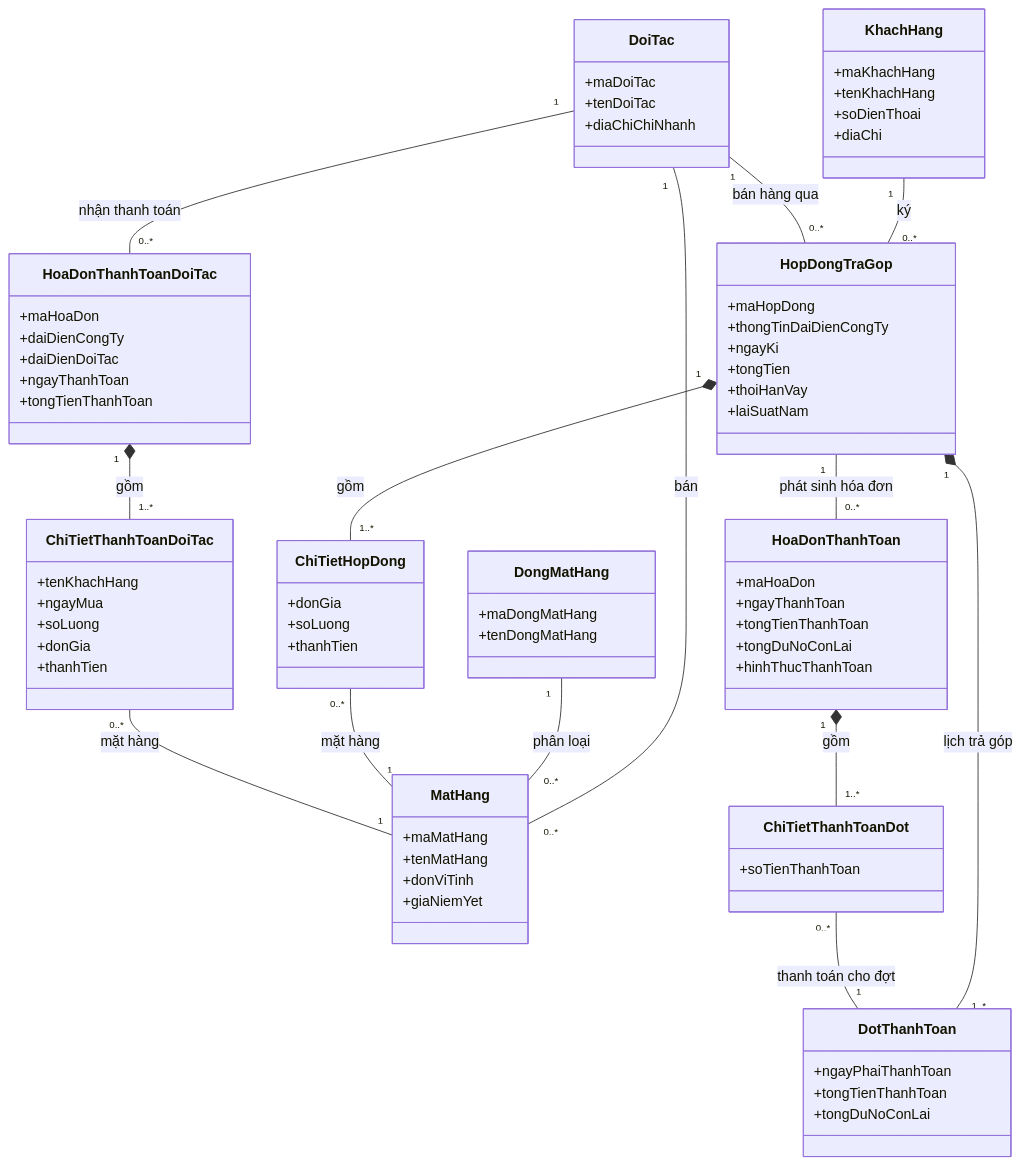
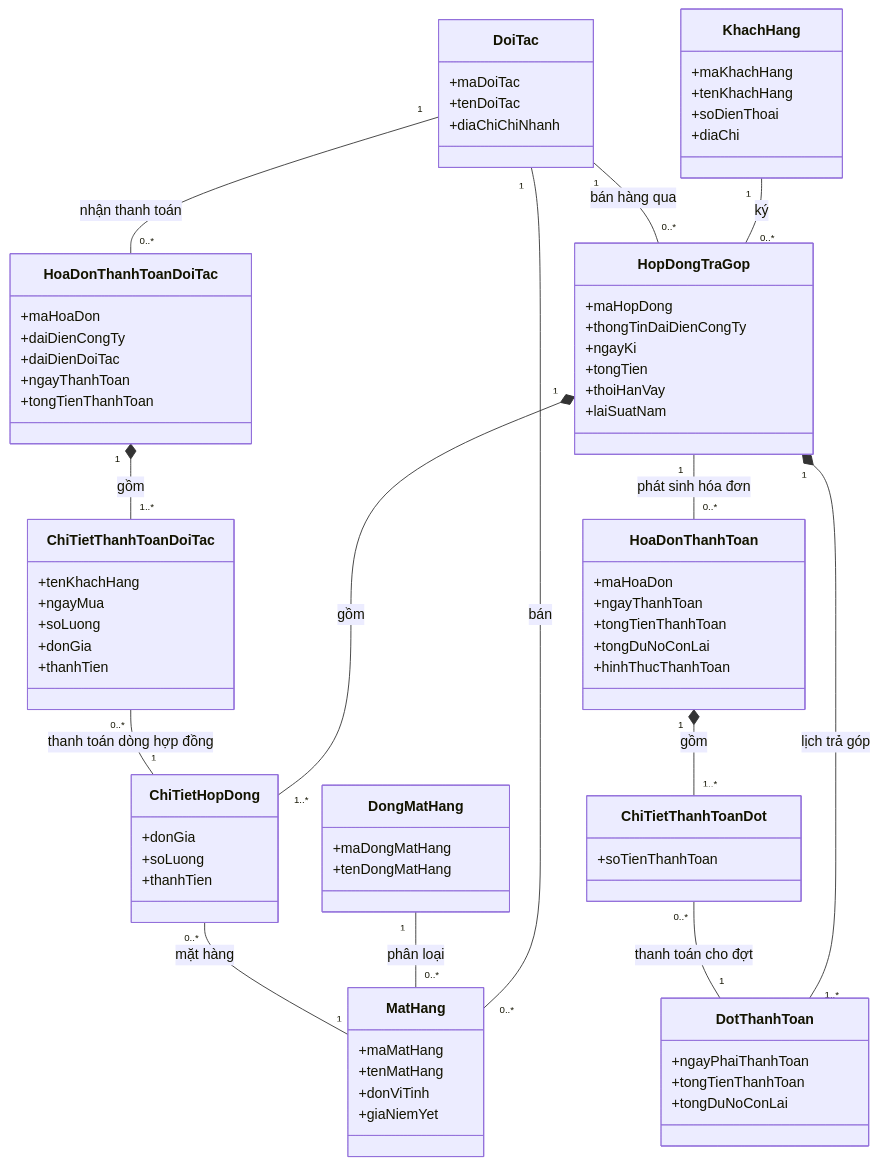
One commit to AnhLM027/NMCNPM_Final changed the diagram in ChuDe_12_QuanLyVayTraGopSaison/Class_Diagram.mmd. Above: the diagram before and after it, drawn with Mermaid. The commit also changed 46 other files, not shown here.

```diff
--- a/ChuDe_12_QuanLyVayTraGopSaison/Class_Diagram.mmd
+++ b/ChuDe_12_QuanLyVayTraGopSaison/Class_Diagram.mmd
@@ -1,88 +1,88 @@
 classDiagram
     class KhachHang {
         +maKhachHang
         +tenKhachHang
         +soDienThoai
         +diaChi
     }
 
     class DoiTac {
         +maDoiTac
         +tenDoiTac
         +diaChiChiNhanh
     }
 
     class DongMatHang {
         +maDongMatHang
         +tenDongMatHang
     }
 
     class MatHang {
         +maMatHang
         +tenMatHang
         +donViTinh
         +giaNiemYet
     }
 
     class HopDongTraGop {
         +maHopDong
         +thongTinDaiDienCongTy
         +ngayKi
         +tongTien
         +thoiHanVay
         +laiSuatNam
     }
 
     class ChiTietHopDong {
         +donGia
         +soLuong
         +thanhTien
     }
 
     class DotThanhToan {
         +ngayPhaiThanhToan
         +tongTienThanhToan
         +tongDuNoConLai
     }
 
     class HoaDonThanhToan {
         +maHoaDon
         +ngayThanhToan
         +tongTienThanhToan
         +tongDuNoConLai
         +hinhThucThanhToan
     }
 
     class ChiTietThanhToanDot {
         +soTienThanhToan
     }
 
     class HoaDonThanhToanDoiTac {
         +maHoaDon
         +daiDienCongTy
         +daiDienDoiTac
         +ngayThanhToan
         +tongTienThanhToan
     }
 
     class ChiTietThanhToanDoiTac {
         +tenKhachHang
         +ngayMua
         +soLuong
         +donGia
         +thanhTien
     }
 
     DoiTac "1" -- "0..*" MatHang : bán
     DongMatHang "1" -- "0..*" MatHang : phân loại
     KhachHang "1" -- "0..*" HopDongTraGop : ký
     DoiTac "1" -- "0..*" HopDongTraGop : bán hàng qua
     HopDongTraGop "1" *-- "1..*" ChiTietHopDong : gồm
     ChiTietHopDong "0..*" -- "1" MatHang : mặt hàng
     HopDongTraGop "1" *-- "1..*" DotThanhToan : lịch trả góp
     HopDongTraGop "1" -- "0..*" HoaDonThanhToan : phát sinh hóa đơn
     HoaDonThanhToan "1" *-- "1..*" ChiTietThanhToanDot : gồm
     ChiTietThanhToanDot "0..*" -- "1" DotThanhToan : thanh toán cho đợt
     DoiTac "1" -- "0..*" HoaDonThanhToanDoiTac : nhận thanh toán
     HoaDonThanhToanDoiTac "1" *-- "1..*" ChiTietThanhToanDoiTac : gồm
-    ChiTietThanhToanDoiTac "0..*" -- "1" MatHang : mặt hàng
+    ChiTietThanhToanDoiTac "0..*" -- "1" ChiTietHopDong : thanh toán dòng hợp đồng
```
